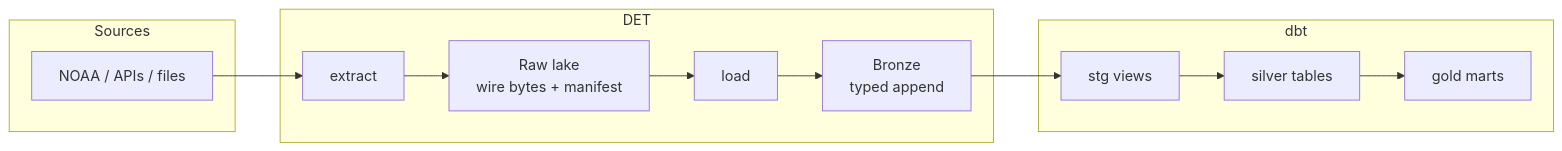
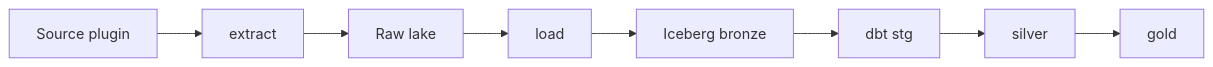
One commit to codekid/det changed the diagram in README.md. Above: the diagram before and after it, drawn with Mermaid. The commit also changed other lines of this file and 29 other files, not shown here.

````diff
--- a/README.md
+++ b/README.md
@@ -66,24 +44,9 @@
 ```mermaid
 flowchart LR
-  subgraph sources [Sources]
-    noaa[NOAA / APIs / files]
-  end
-
-  subgraph detOwn [DET]
-    extract[extract]
-    raw[Raw lake<br/>wire bytes + manifest]
-    load[load]
-    bronze[Bronze<br/>typed append]
-    extract --> raw --> load --> bronze
-  end
-
-  subgraph dbtOwn [dbt]
-    stg[stg views]
-    silver[silver tables]
-    gold[gold marts]
-    stg --> silver --> gold
-  end
-
-  noaa --> extract
-  bronze --> stg
+  src[Source plugin] --> extract
+  extract --> raw[Raw lake]
+  raw --> load
+  load --> bronze[Iceberg bronze]
+  bronze --> stg[dbt stg]
+  stg --> silver --> gold
 ```
````
